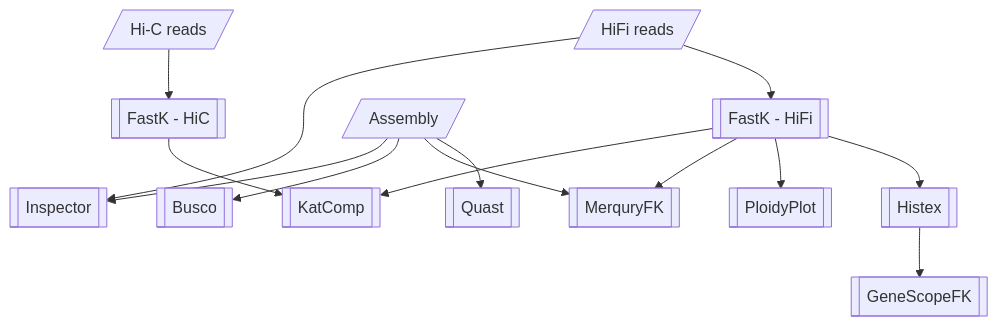
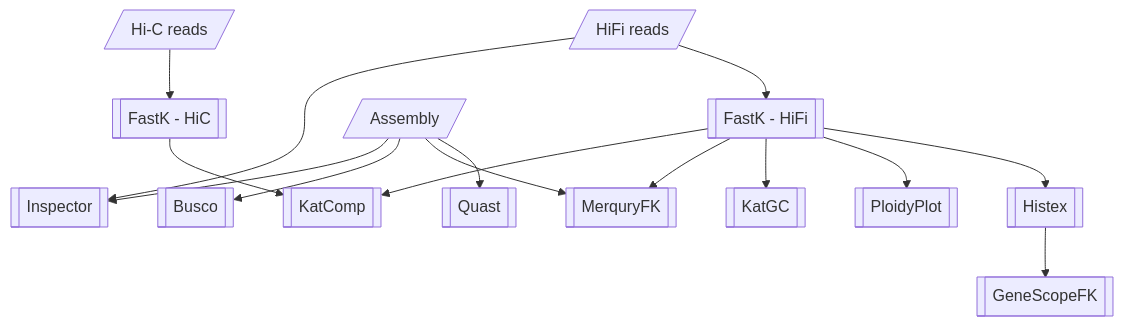
Before and after one commit to NBISweden/Earth-Biogenome-Project-pilot: the second of 2 diagrams in README.md, drawn with Mermaid. The commit also changed 4 other files, not shown here.

````diff
--- a/README.md
+++ b/README.md
@@ -23,16 +23,17 @@
 ```mermaid
 flowchart TD
     hifi[/ HiFi reads /] --> fastk_hifi[[ FastK - HiFi ]]
     hic[/ Hi-C reads /] --> fastk_hic[[ FastK - HiC ]]
     assembly[/ Assembly /] --> quast[[ Quast ]]
     fastk_hifi --> histex[[ Histex ]]
     histex --> genescopefk[[ GeneScopeFK ]]
     fastk_hifi --> ploidyplot[[ PloidyPlot ]]
+    fastk_hifi --> katgc[[ KatGC ]]
     fastk_hifi --> merquryfk[[ MerquryFK ]]
     assembly --> merquryfk
     fastk_hifi --> katcomp[[ KatComp ]]
     fastk_hic --> katcomp
     assembly --> busco[[ Busco ]]
     assembly --> inspector[[ Inspector ]]
     hifi --> inspector
 ```
````
